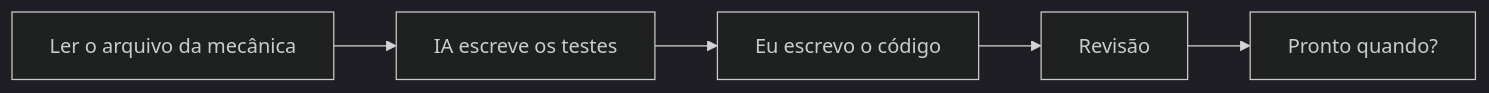
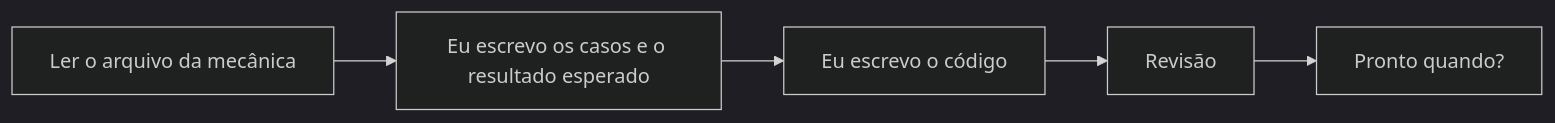
One commit to sidinei-silva/eras-do-brasil changed the second of 2 diagrams in docs/04-roteiro.md. Above: the diagram before and after it, drawn with Mermaid (dark theme). The commit also changed other lines of this file and 17 other files, not shown here.

````diff
--- a/docs/04-roteiro.md
+++ b/docs/04-roteiro.md
@@ -38,4 +41,4 @@
 ```mermaid
 flowchart LR
-  L[Ler o arquivo da mecânica] --> T[IA escreve os testes] --> C[Eu escrevo o código] --> R[Revisão] --> P[Pronto quando?]
+  L[Ler o arquivo da mecânica] --> T[Eu escrevo os casos e o resultado esperado] --> C[Eu escrevo o código] --> R[Revisão] --> P[Pronto quando?]
 ```
````
